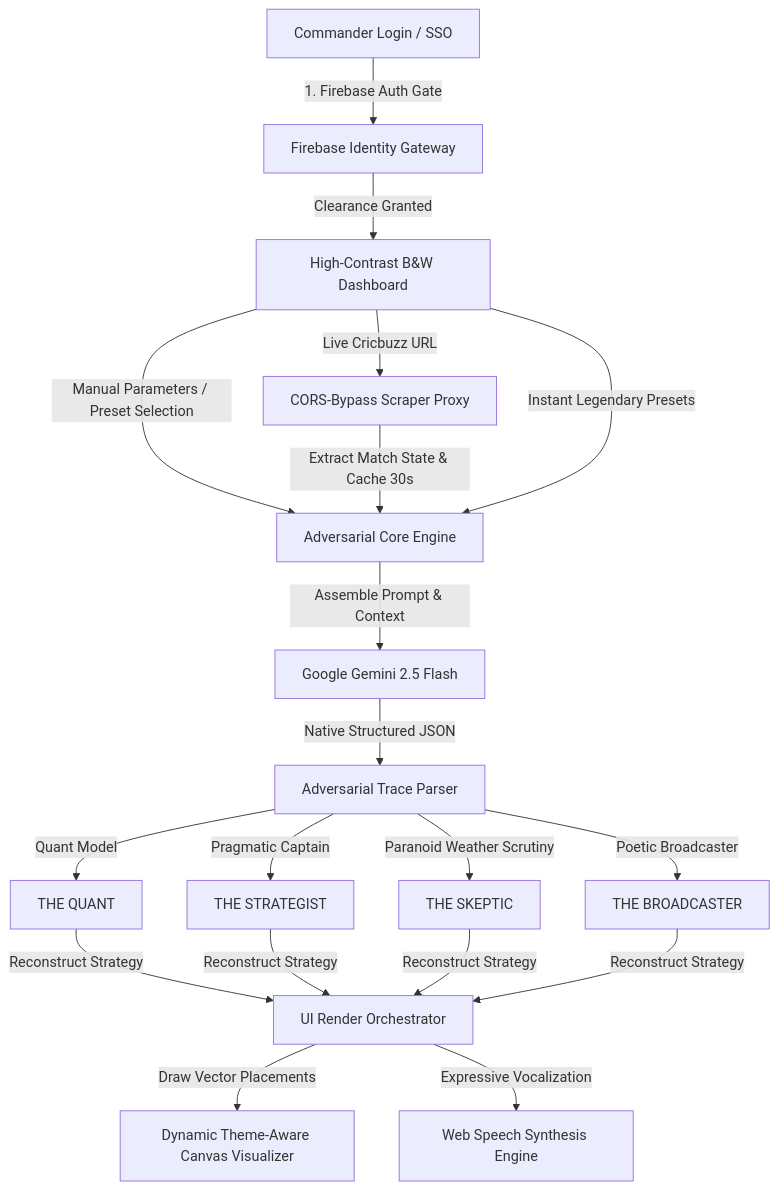
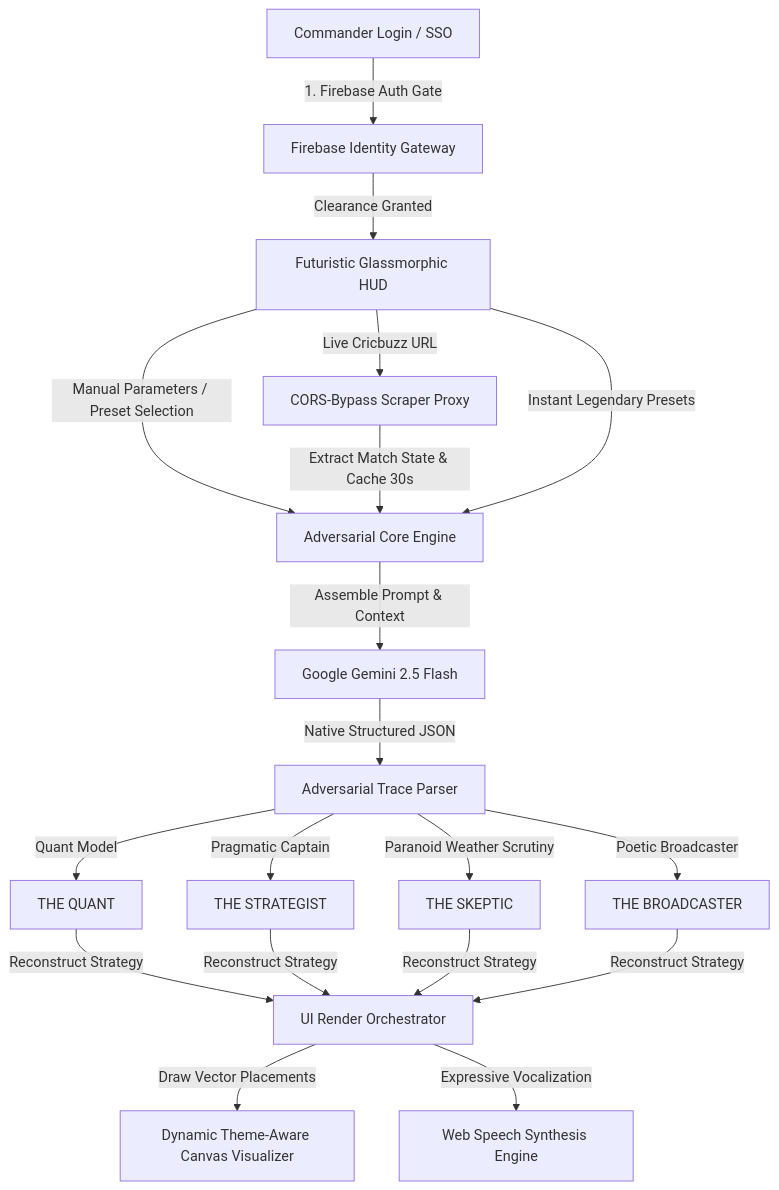
Before and after one commit to Hackmaass/CricketAgent-: the diagram in README.md, drawn with Mermaid. The commit also changed other lines of this file, not shown here.

Commit message:
docs: update README aesthetic headers to reflect futuristic glassmorphic HUD

````diff
--- a/README.md
+++ b/README.md
@@ -16,31 +16,31 @@
 ```mermaid
 graph TD
     %% User Authentication Gate
     User[Commander Login / SSO] -->|1. Firebase Auth Gate| Auth[Firebase Identity Gateway]
-    Auth -->|Clearance Granted| GUI[High-Contrast B&W Dashboard]
+    Auth -->|Clearance Granted| GUI[Futuristic Glassmorphic HUD]
     
     %% Input Sources
     GUI -->|Manual Parameters / Preset Selection| Engine[Adversarial Core Engine]
     GUI -->|Live Cricbuzz URL| Scraper[CORS-Bypass Scraper Proxy]
     Scraper -->|Extract Match State & Cache 30s| Engine
     
     %% Preset Injection
     GUI -->|Instant Legendary Presets| Engine
     
     %% Multi-Agent Pipeline
     Engine -->|Assemble Prompt & Context| Gemini[Google Gemini 2.5 Flash]
     Gemini -->|Native Structured JSON| Debate[Adversarial Trace Parser]
     
     %% Specialists Disagreement
     Debate -->|Quant Model| Q[THE QUANT]
     Debate -->|Pragmatic Captain| S[THE STRATEGIST]
     Debate -->|Paranoid Weather Scrutiny| SK[THE SKEPTIC]
     Debate -->|Poetic Broadcaster| B[THE BROADCASTER]
     
     %% Dashboard Sync
     Q & S & SK & B -->|Reconstruct Strategy| UIUpdate[UI Render Orchestrator]
     
     %% Visual & Audio Pipelines
     UIUpdate -->|Draw Vector Placements| Canvas[Dynamic Theme-Aware Canvas Visualizer]
     UIUpdate -->|Expressive Vocalization| Speech[Web Speech Synthesis Engine]
 ```
````
